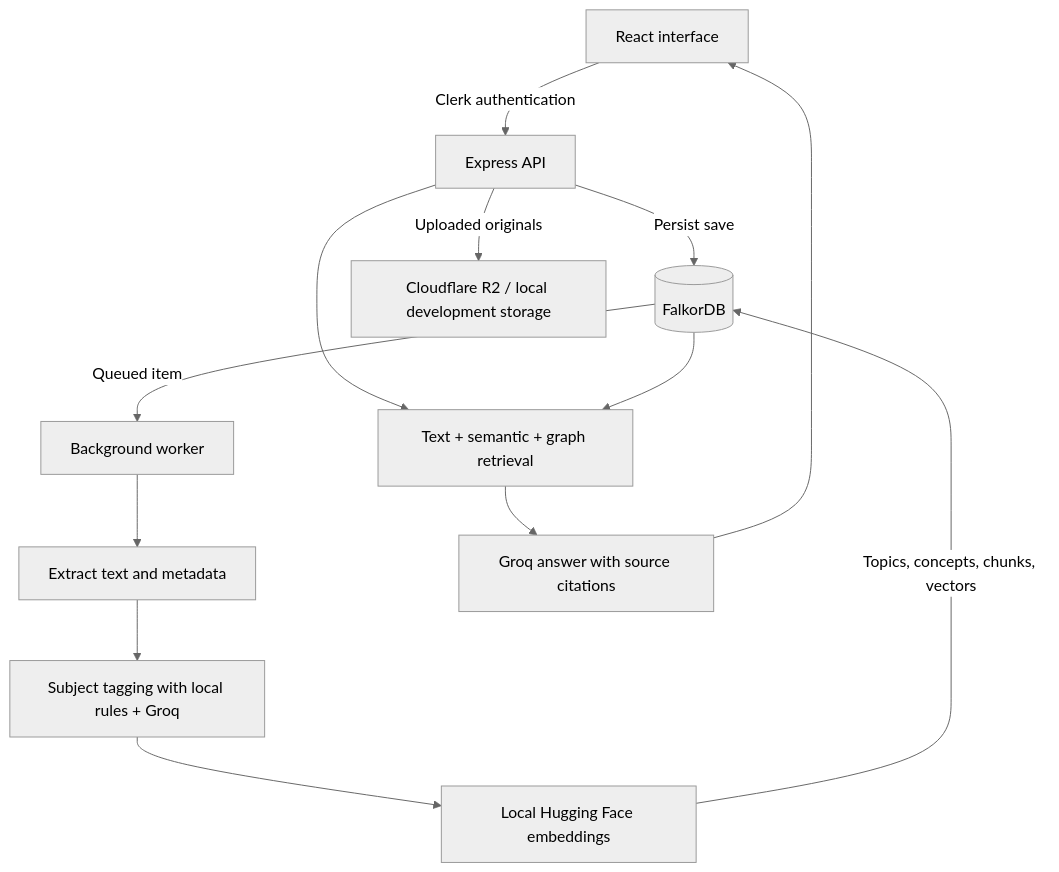
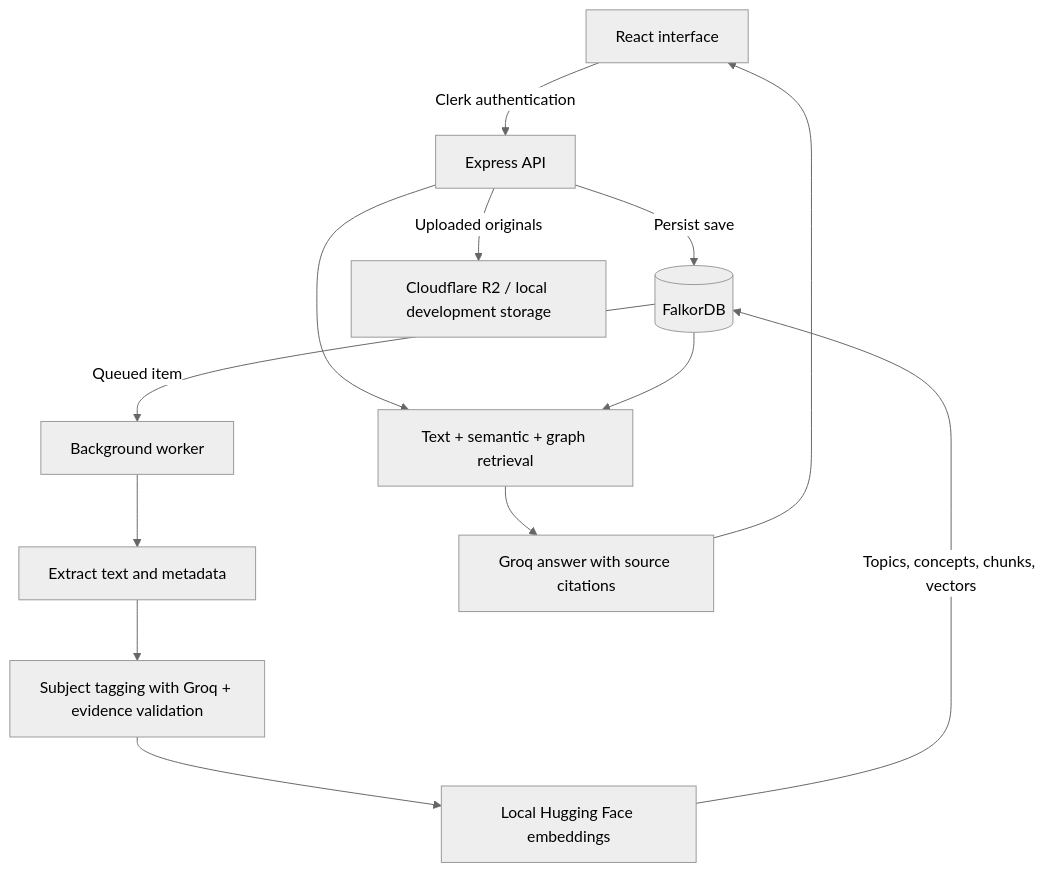
Before and after one commit to HansujaB/remit: the second of 2 diagrams in README.md, drawn with Mermaid (neutral theme). The commit also changed other lines of this file and 1 other file, not shown here.

````diff
--- a/README.md
+++ b/README.md
@@ -98,15 +120,15 @@
 ```mermaid
 flowchart TD
     UI[React interface] -->|Clerk authentication| API[Express API]
     API -->|Persist save| DB[(FalkorDB)]
     API -->|Uploaded originals| FILES[Cloudflare R2 / local development storage]
     DB -->|Queued item| WORKER[Background worker]
     WORKER --> EXTRACT[Extract text and metadata]
-    EXTRACT --> TAG[Subject tagging with local rules + Groq]
+    EXTRACT --> TAG[Subject tagging with Groq + evidence validation]
     TAG --> EMBED[Local Hugging Face embeddings]
     EMBED -->|Topics, concepts, chunks, vectors| DB
     API --> SEARCH[Text + semantic + graph retrieval]
     DB --> SEARCH
     SEARCH --> ANSWER[Groq answer with source citations]
     ANSWER --> UI
 ```
````
